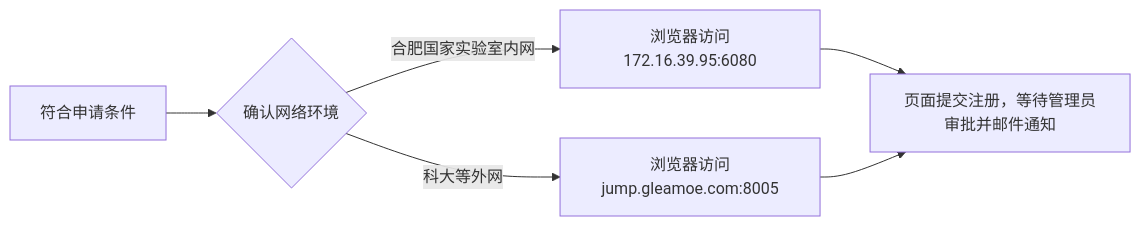
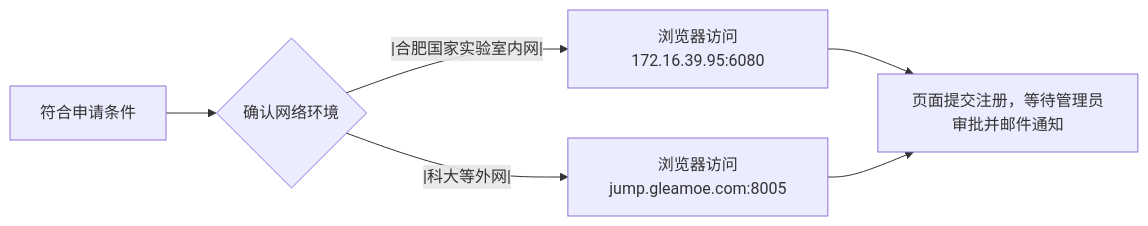
The first of 2 diagrams in _posts/2025-07-25-Yang Group HFNL 服务器使用简明手册.md (hfnl-yanggroup/hfnl-yanggroup.github.io), drawn with Mermaid before and after one commit. The commit also changed 2 other files, not shown here.

````diff
--- a/_posts/2025-07-25-Yang Group HFNL 服务器使用简明手册.md
+++ b/_posts/2025-07-25-Yang Group HFNL 服务器使用简明手册.md
@@ -21,14 +21,14 @@
 ```mermaid
 graph LR
     A[符合申请条件]
     B{确认网络环境}
     C[浏览器访问172.16.39.95:6080]
     D[浏览器访问jump.gleamoe.com:8005]
     E[页面提交注册，等待管理员审批并邮件通知]
 
     A --> B
-    B -- "合肥国家实验室内网" --> C
-    B -- "科大等外网" --> D
+    B -- |合肥国家实验室内网| --> C
+    B -- |科大等外网| --> D
     C --> E
     D --> E
 ```
````
